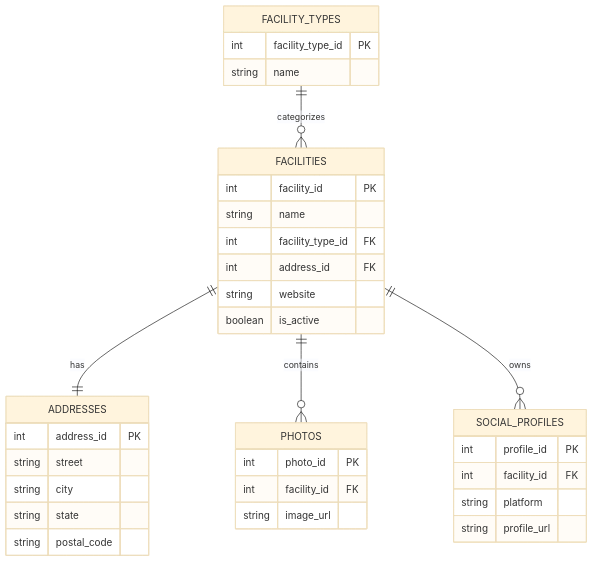
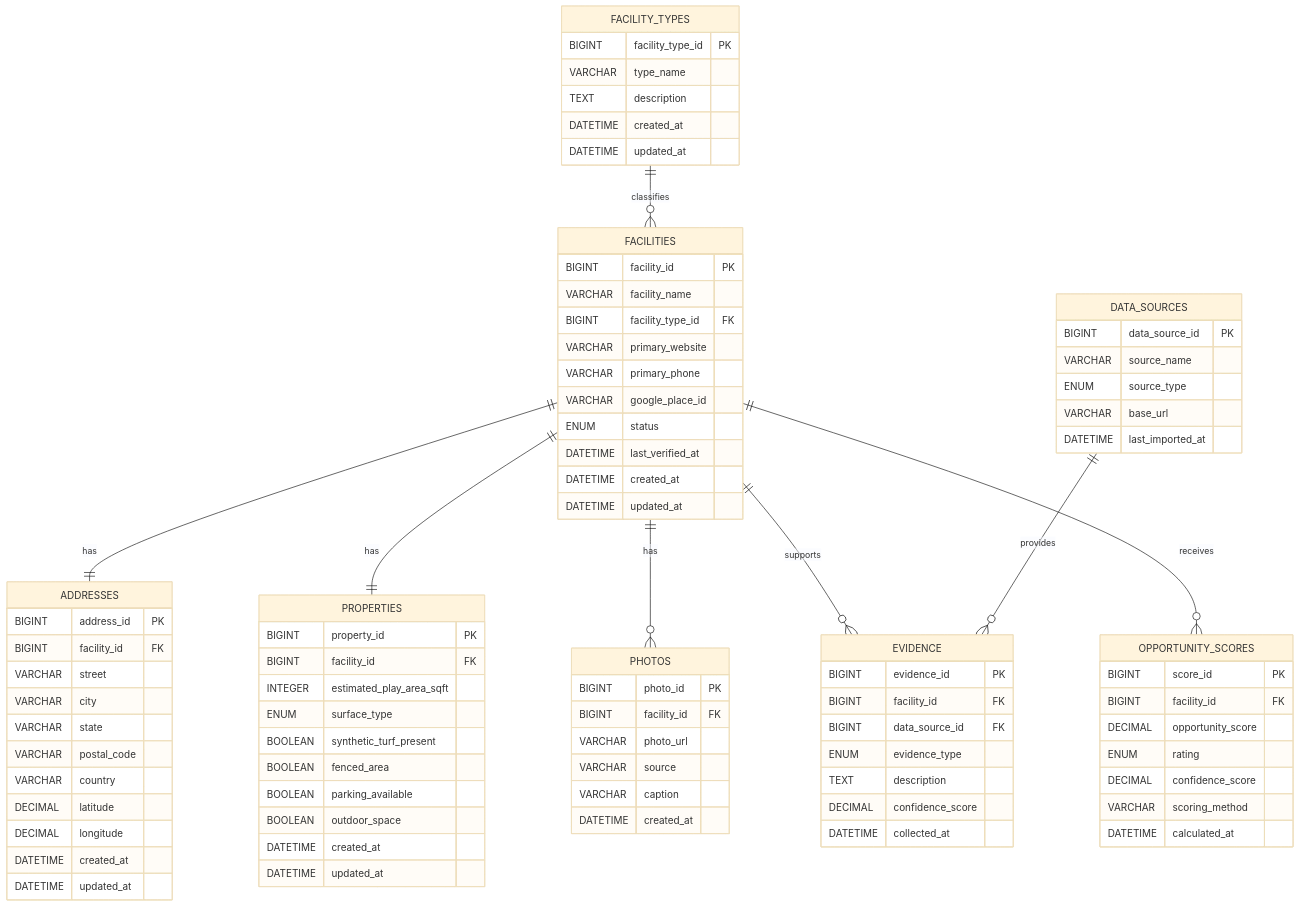
Before and after one commit to Melkang/turf-facility-finder: the diagram in docs/06-database-entity-relationship-diagram.md, drawn with Mermaid (base theme). The commit also changed other lines of this file and 5 other files, not shown here.

Commit message:
Made updates to all the documents for an updated draft. Everything revolves around the database-schema document

````diff
--- a/docs/06-database-entity-relationship-diagram.md
+++ b/docs/06-database-entity-relationship-diagram.md
@@ -154,43 +95,95 @@
 ```mermaid
 erDiagram
+    FACILITY_TYPES ||--o{ FACILITIES : classifies
+    FACILITIES ||--|| ADDRESSES : has
+    FACILITIES ||--|| PROPERTIES : has
+    FACILITIES ||--o{ PHOTOS : has
+    FACILITIES ||--o{ EVIDENCE : supports
+    DATA_SOURCES ||--o{ EVIDENCE : provides
+    FACILITIES ||--o{ OPPORTUNITY_SCORES : receives
 
-FACILITIES {
-    int facility_id PK
-    string name
-    int facility_type_id FK
-    int address_id FK
-    string website
-    boolean is_active
-}
+    FACILITY_TYPES {
+        BIGINT facility_type_id PK
+        VARCHAR type_name
+        TEXT description
+        DATETIME created_at
+        DATETIME updated_at
+    }
 
-FACILITY_TYPES {
-    int facility_type_id PK
-    string name
-}
+    FACILITIES {
+        BIGINT facility_id PK
+        VARCHAR facility_name
+        BIGINT facility_type_id FK
+        VARCHAR primary_website
+        VARCHAR primary_phone
+        VARCHAR google_place_id
+        ENUM status
+        DATETIME last_verified_at
+        DATETIME created_at
+        DATETIME updated_at
+    }
 
-ADDRESSES {
-    int address_id PK
-    string street
-    string city
-    string state
-    string postal_code
-}
+    ADDRESSES {
+        BIGINT address_id PK
+        BIGINT facility_id FK
+        VARCHAR street
+        VARCHAR city
+        VARCHAR state
+        VARCHAR postal_code
+        VARCHAR country
+        DECIMAL latitude
+        DECIMAL longitude
+        DATETIME created_at
+        DATETIME updated_at
+    }
 
-SOCIAL_PROFILES {
-    int profile_id PK
-    int facility_id FK
-    string platform
-    string profile_url
-}
+    PROPERTIES {
+        BIGINT property_id PK
+        BIGINT facility_id FK
+        INTEGER estimated_play_area_sqft
+        ENUM surface_type
+        BOOLEAN synthetic_turf_present
+        BOOLEAN fenced_area
+        BOOLEAN parking_available
+        BOOLEAN outdoor_space
+        DATETIME created_at
+        DATETIME updated_at
+    }
 
-PHOTOS {
-    int photo_id PK
-    int facility_id FK
-    string image_url
-}
+    PHOTOS {
+        BIGINT photo_id PK
+        BIGINT facility_id FK
+        VARCHAR photo_url
+        VARCHAR source
+        VARCHAR caption
+        DATETIME created_at
+    }
 
-FACILITIES ||--|| ADDRESSES : has
-FACILITY_TYPES ||--o{ FACILITIES : categorizes
-FACILITIES ||--o{ PHOTOS : contains
-FACILITIES ||--o{ SOCIAL_PROFILES : owns
+    EVIDENCE {
+        BIGINT evidence_id PK
+        BIGINT facility_id FK
+        BIGINT data_source_id FK
+        ENUM evidence_type
+        TEXT description
+        DECIMAL confidence_score
+        DATETIME collected_at
+    }
+
+    DATA_SOURCES {
+        BIGINT data_source_id PK
+        VARCHAR source_name
+        ENUM source_type
+        VARCHAR base_url
+        DATETIME last_imported_at
+    }
+
+    OPPORTUNITY_SCORES {
+        BIGINT score_id PK
+        BIGINT facility_id FK
+        DECIMAL opportunity_score
+        ENUM rating
+        DECIMAL confidence_score
+        VARCHAR scoring_method
+        DATETIME calculated_at
+    }
 ```
````
